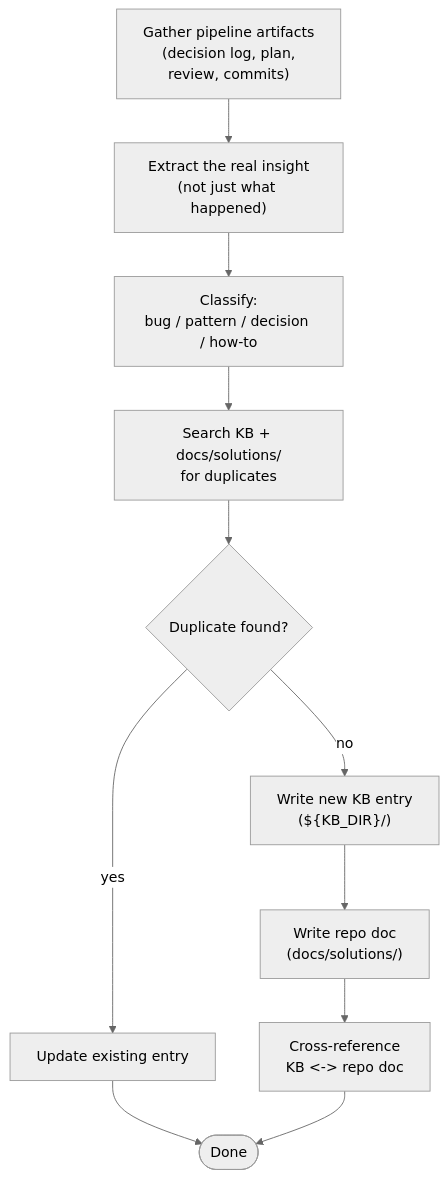
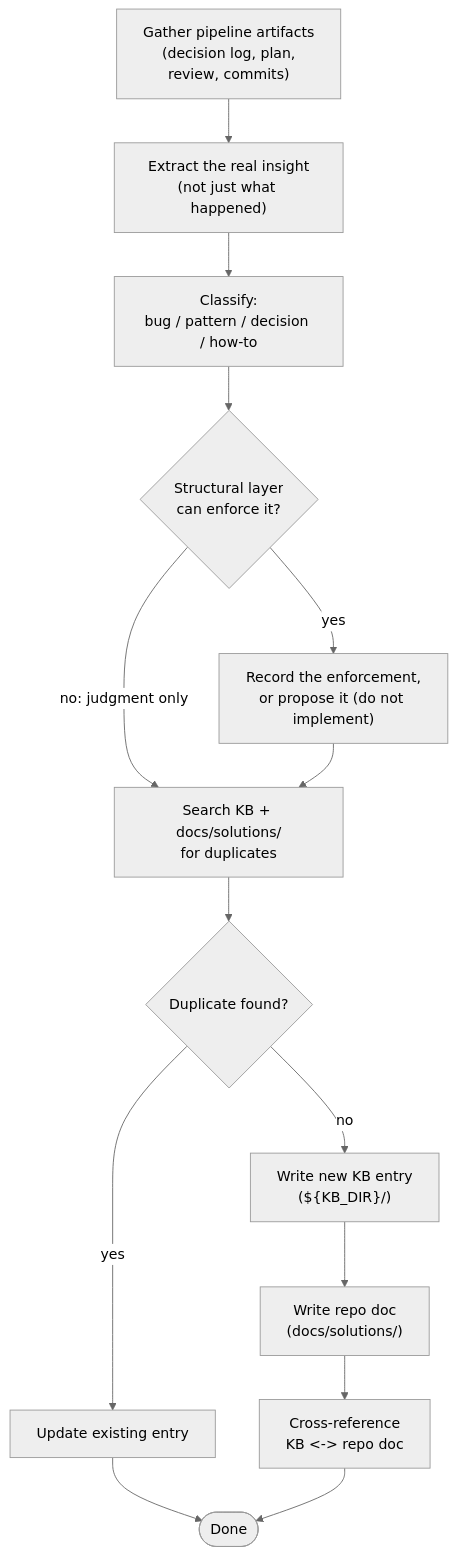
One commit to waynejing995/wayne-taste changed the diagram in wayne-compound/SKILL.md. Above: the diagram before and after it, drawn with Mermaid (neutral theme). The commit also changed other lines of this file and 1 other file, not shown here.

First line of the commit message:
feat:/wayne-compound - prefer a structural enforcement layer over a prose lesson

````diff
--- a/wayne-compound/SKILL.md
+++ b/wayne-compound/SKILL.md
@@ -41,24 +42,29 @@
 ```mermaid
 flowchart TB
     A["Gather pipeline artifacts<br/>(decision log, plan,<br/>review, commits)"]
     B["Extract the real insight<br/>(not just what happened)"]
     C["Classify:<br/>bug / pattern / decision / how-to"]
+    L{"Structural layer<br/>can enforce it?"}
+    P["Record the enforcement,<br/>or propose it (do not implement)"]
     D["Search KB + docs/solutions/<br/>for duplicates"]
     E{"Duplicate found?"}
     F["Update existing entry"]
     G["Write new KB entry<br/>(${KB_DIR}/)"]
     H["Write repo doc<br/>(docs/solutions/)"]
     I["Cross-reference<br/>KB <-> repo doc"]
     X(["Done"])
 
     A --> B
     B --> C
-    C --> D
+    C --> L
+    L -->|"yes"| P
+    L -->|"no: judgment only"| D
+    P --> D
     D --> E
     E -->|"yes"| F
     E -->|"no"| G
     F --> X
     G --> H
     H --> I
     I --> X
 ```
````
